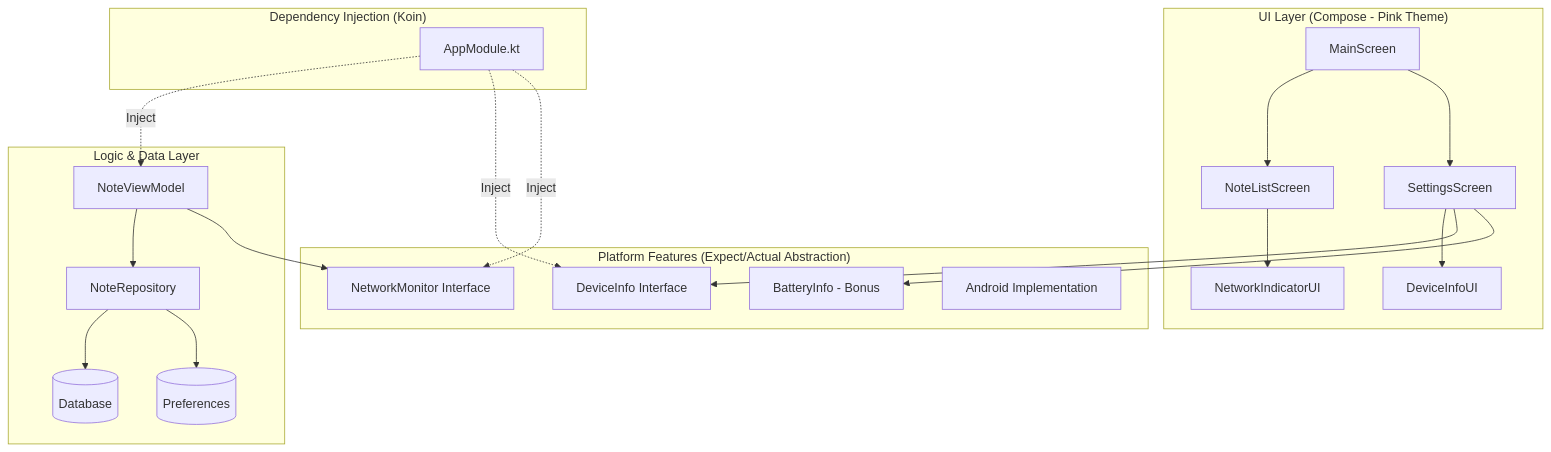
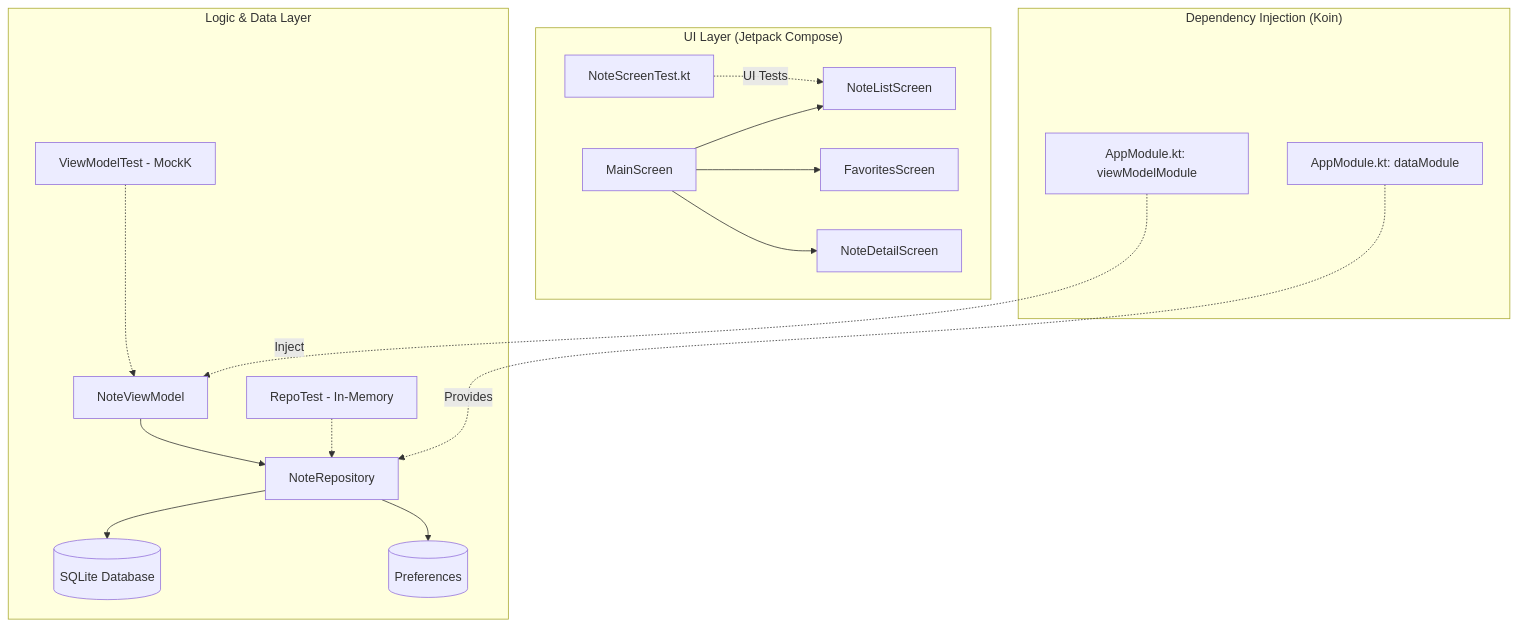
Before and after one commit to mulyadelani/2_123140019: the diagram in Testing dan Dependency Injection/README.md, drawn with Mermaid. The commit also changed other lines of this file and 33 other files, not shown here.

````diff
--- a/Testing dan Dependency Injection/README.md
+++ b/Testing dan Dependency Injection/README.md
@@ -19,37 +11,27 @@
 ```mermaid
 graph TD
-    subgraph "UI Layer (Compose - Pink Theme)"
+    subgraph "UI Layer (Jetpack Compose)"
         MainScreen --> NoteListScreen
-        MainScreen --> SettingsScreen
-        NoteListScreen --> NetworkIndicatorUI
-        SettingsScreen --> DeviceInfoUI
+        MainScreen --> FavoritesScreen
+        MainScreen --> NoteDetailScreen
+        NoteScreenTest[NoteScreenTest.kt] -.-> |UI Tests| NoteListScreen
     end
 
     subgraph "Dependency Injection (Koin)"
-        AppModule[AppModule.kt]
+        dataModule[AppModule.kt: dataModule]
+        viewModelModule[AppModule.kt: viewModelModule]
     end
 
     subgraph "Logic & Data Layer"
         NoteViewModel --> NoteRepository
-        NoteRepository --> SQLDelight[(Database)]
-        NoteRepository --> DataStore[(Preferences)]
+        NoteRepository --> SQLDelight[(SQLite Database)]
+        NoteRepository --> SettingsDataStore[(Preferences)]
+        
+        NoteViewModelTest[ViewModelTest - MockK] -.-> NoteViewModel
+        NoteRepositoryTest[RepoTest - In-Memory] -.-> NoteRepository
     end
 
-    subgraph "Platform Features (Expect/Actual Abstraction)"
-        DeviceInfo[DeviceInfo Interface]
-        NetworkMonitor[NetworkMonitor Interface]
-        BatteryInfo[BatteryInfo - Bonus]
-        
-        AndroidImpl[Android Implementation]
-    end
-
-    %% DI Flow
-    AppModule -.-> |Inject| NoteViewModel
-    AppModule -.-> |Inject| DeviceInfo
-    AppModule -.-> |Inject| NetworkMonitor
-    
-    %% Flow
-    NoteViewModel --> NetworkMonitor
-    SettingsScreen --> DeviceInfo
-    SettingsScreen --> BatteryInfo
+    %% DI Connections
+    dataModule -.-> |Provides| NoteRepository
+    viewModelModule -.-> |Inject| NoteViewModel
 ```
````
